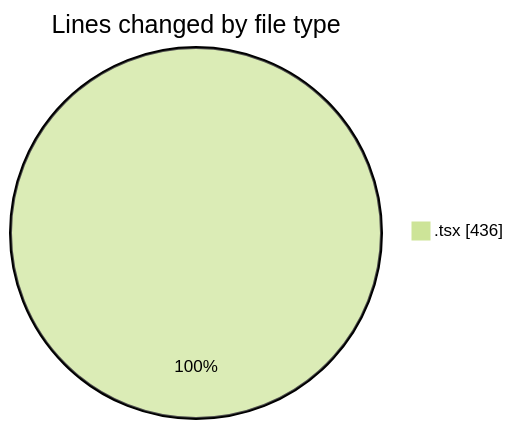
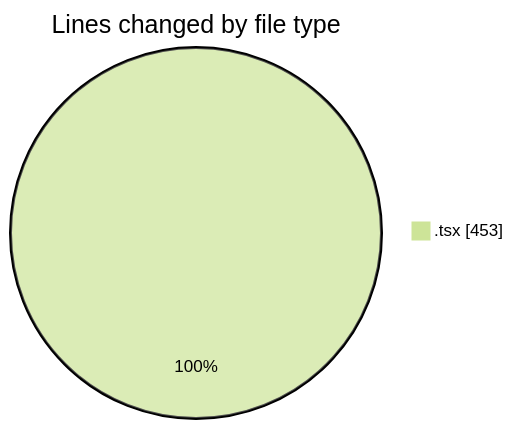
One commit to nxtqubesakshisongat/code-tracking changed the first of 2 diagrams in 2026-08-10/nxtqube_webapp/README.md. Above: the diagram before and after it, drawn with Mermaid (forest theme). The commit also changed other lines of this file and 1 other file, not shown here.

````diff
--- a/2026-08-10/nxtqube_webapp/README.md
+++ b/2026-08-10/nxtqube_webapp/README.md
@@ -21,5 +22,5 @@
 ```mermaid
 pie showData
 title Lines changed by file type
-".tsx" : 436
+".tsx" : 453
 ```
````
